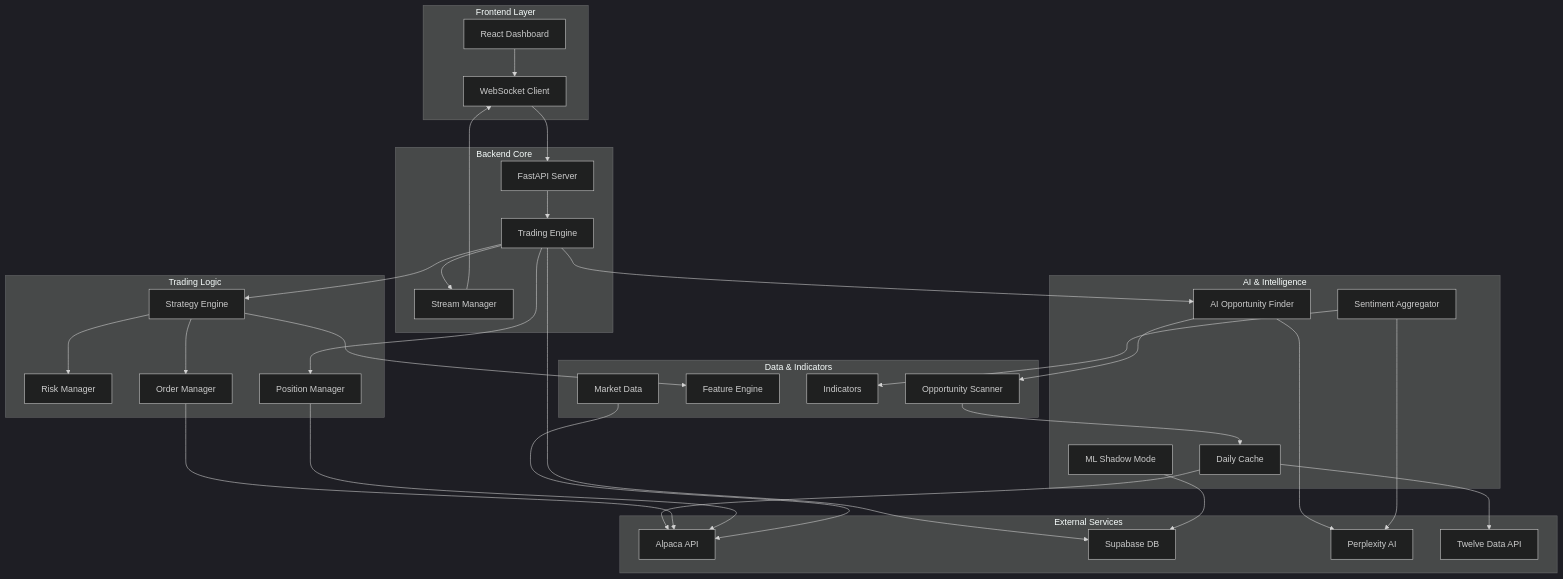
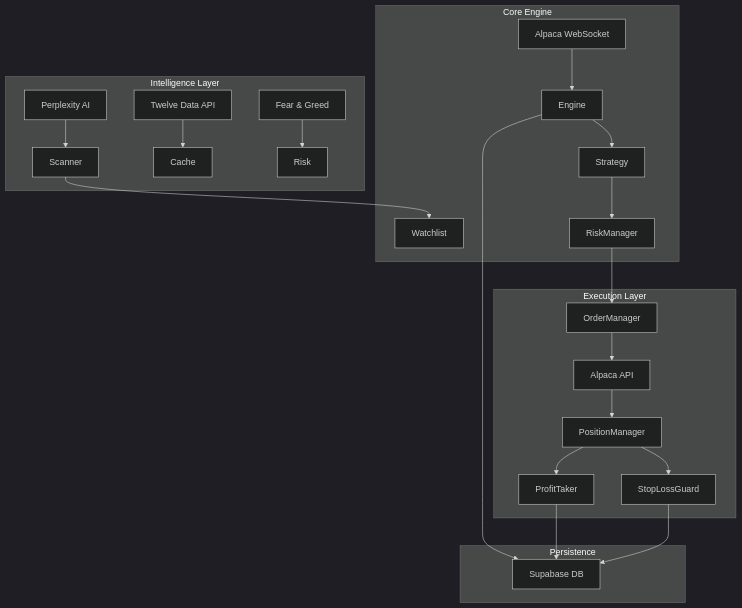
Before and after one commit to codebytelabs/DayTraderAI: the diagram in README.md, drawn with Mermaid (dark theme). The commit also changed other lines of this file and 64 other files, not shown here.

````diff
--- a/README.md
+++ b/README.md
@@ -228,72 +97,29 @@
 ```mermaid
-graph TB
-    subgraph "Frontend Layer"
-        UI[React Dashboard]
-        WS[WebSocket Client]
+graph TD
+    subgraph "Intelligence Layer"
+        AI[Perplexity AI] --> Scanner
+        Daily[Twelve Data API] --> Cache
+        Sentiment[Fear & Greed] --> Risk
     end
-    
-    subgraph "Backend Core"
-        TE[Trading Engine]
-        SM[Stream Manager]
-        API[FastAPI Server]
+
+    subgraph "Core Engine"
+        Scanner --> Watchlist
+        Stream[Alpaca WebSocket] --> Engine
+        Engine --> Strategy
+        Strategy --> RiskManager
     end
-    
-    subgraph "AI & Intelligence"
-        AI[AI Opportunity Finder]
-        SA[Sentiment Aggregator]
-        ML[ML Shadow Mode]
-        DC[Daily Cache]
+
+    subgraph "Execution Layer"
+        RiskManager --> OrderManager
+        OrderManager --> Alpaca[Alpaca API]
+        Alpaca --> PositionManager
+        PositionManager --> ProfitTaker
+        PositionManager --> StopLossGuard
     end
-    
-    subgraph "Trading Logic"
-        ST[Strategy Engine]
-        RM[Risk Manager]
-        PM[Position Manager]
-        OM[Order Manager]
+
+    subgraph "Persistence"
+        Engine --> Supabase[Supabase DB]
+        ProfitTaker --> Supabase
+        StopLossGuard --> Supabase
     end
-    
-    subgraph "Data & Indicators"
-        MD[Market Data]
-        FE[Feature Engine]
-        IND[Indicators]
-        SC[Opportunity Scanner]
-    end
-    
-    subgraph "External Services"
-        ALP[Alpaca API]
-        SUP[Supabase DB]
-        PER[Perplexity AI]
-        TWE[Twelve Data API]
-    end
-    
-    UI --> WS
-    WS --> API
-    API --> TE
-    
-    TE --> AI
-    TE --> ST
-    TE --> PM
-    TE --> SM
-    
-    AI --> PER
-    AI --> SC
-    SC --> DC
-    DC --> TWE
-    DC --> ALP
-    
-    SA --> PER
-    SA --> IND
-    
-    ST --> FE
-    ST --> RM
-    ST --> OM
-    
-    OM --> ALP
-    PM --> ALP
-    MD --> ALP
-    
-    TE --> SUP
-    ML --> SUP
-    
-    SM --> WS
 ```
````
